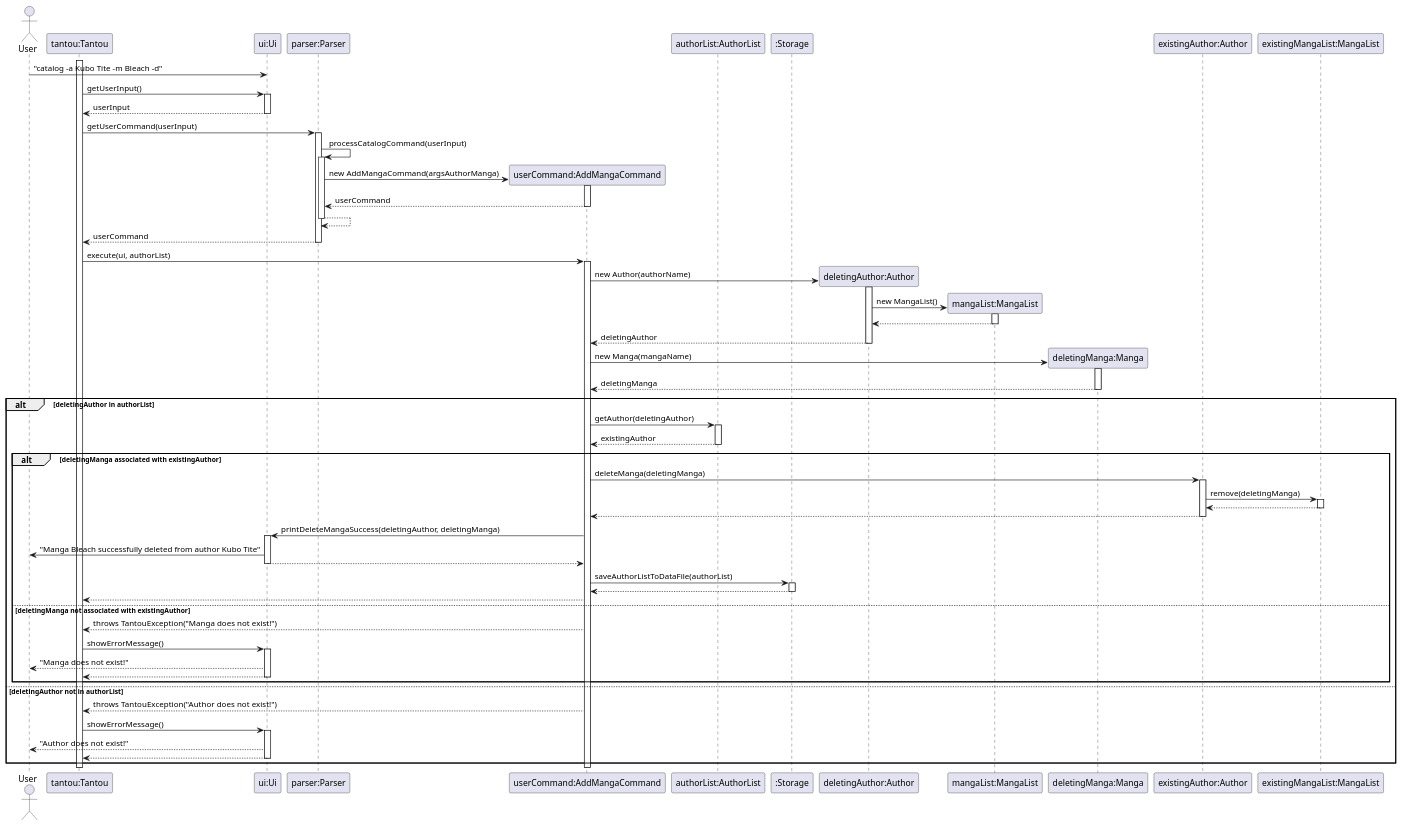
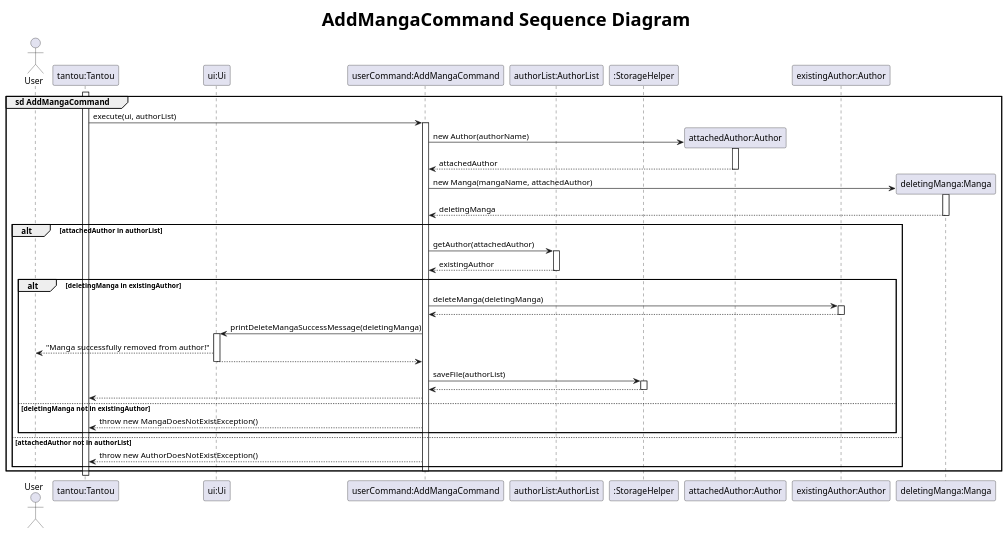
The diagram in docs/uml/puml/DeleteMangaSequence.puml (xenthm/tp), drawn with PlantUML before and after one commit. The commit also changed 14 other files, not shown here.

Commit message:
Update code to match sequence diagrams - Introduce methods to make use of Ui to interact with user instead of directly souting - Replace TantouExceptions with their more specific counterparts

```diff
--- a/docs/uml/puml/DeleteMangaSequence.puml
+++ b/docs/uml/puml/DeleteMangaSequence.puml
@@ -1,120 +1,65 @@
 @startuml
+autoactivate off
+title <size:30> AddMangaCommand Sequence Diagram
+
 actor User
 participant "tantou:Tantou" as tantou
 participant "ui:Ui" as ui
-participant "parser:Parser" as parser
 participant "userCommand:AddMangaCommand" as userCommand
 participant "authorList:AuthorList" as authorList
-participant ":Storage" as storage
-participant "deletingAuthor:Author" as deletingAuthor
-participant "mangaList:MangaList" as mangaList
-participant "deletingManga:Manga" as deletingManga
+participant ":StorageHelper" as storage
+participant "attachedAuthor:Author" as author
 participant "existingAuthor:Author" as existingAuthor
-participant "existingMangaList:MangaList" as existingMangaList
+participant "deletingManga:Manga" as manga
 
-' Simulate command with "catalog -a Kubo Tite -m Bleach -d"
 activate tantou
-User -> ui: "catalog -a Kubo Tite -m Bleach -d"
+group sd AddMangaCommand
 
-' Get userInput
-tantou -> ui: getUserInput()
-activate ui
-ui --> tantou: userInput
-deactivate ui
+    tantou -> userCommand : execute(ui, authorList)
+    activate userCommand
 
-' Get userCommand (AddAuthorCommand)
-tantou -> parser: getUserCommand(userInput)
-activate parser
+    create author
+    userCommand -> author : new Author(authorName)
+    activate author
+    author --> userCommand : attachedAuthor
+    deactivate author
 
-' Self call to process userInput
-parser -> parser: processCatalogCommand(userInput)
+    create manga
+    userCommand -> manga : new Manga(mangaName, attachedAuthor)
+    activate manga
+    manga --> userCommand : deletingManga
+    deactivate manga
 
-' Parser invokes constructor of AddMangaCommand
-activate parser
+    alt attachedAuthor in authorList
+        userCommand -> authorList : getAuthor(attachedAuthor)
+        activate authorList
+        authorList --> userCommand : existingAuthor
+        deactivate authorList
+        alt deletingManga in existingAuthor
+            userCommand -> existingAuthor : deleteManga(deletingManga)
+            activate existingAuthor
+            existingAuthor --> userCommand
+            deactivate existingAuthor
 
-' Construction
-create userCommand
-parser -> userCommand : new AddMangaCommand(argsAuthorManga)
-activate userCommand
-userCommand --> parser: userCommand
-deactivate userCommand
+            userCommand -> ui : printDeleteMangaSuccessMessage(deletingManga)
+            activate ui
+            ui --> User : "Manga successfully removed from author!"
+            ui --> userCommand
+            deactivate ui
 
-' More like a return control situation since it is a self call
-parser --> parser
-deactivate parser
-parser --> tantou: userCommand
-deactivate parser
-
-' Execute command
-tantou -> userCommand: execute(ui, authorList)
-activate userCommand
-
-' Create author
-create deletingAuthor
-userCommand -> deletingAuthor: new Author(authorName)
-activate deletingAuthor
-create mangaList
-deletingAuthor -> mangaList: new MangaList()
-activate mangaList
-mangaList --> deletingAuthor
-deactivate mangaList
-deletingAuthor --> userCommand: deletingAuthor
-deactivate deletingAuthor
-
-' Create Manga
-create deletingManga
-userCommand -> deletingManga: new Manga(mangaName)
-activate deletingManga
-deletingManga --> userCommand: deletingManga
-deactivate deletingManga
-
-' Control flow
-alt deletingAuthor in authorList
-
-    userCommand -> authorList: getAuthor(deletingAuthor)
-    activate authorList
-    authorList --> userCommand: existingAuthor
-    deactivate authorList
-
-    alt deletingManga associated with existingAuthor
-        userCommand -> existingAuthor: deleteManga(deletingManga)
-        activate existingAuthor
-        existingAuthor -> existingMangaList: remove(deletingManga)
-        activate existingMangaList
-        existingMangaList --> existingAuthor
-        deactivate existingMangaList
-        existingAuthor --> userCommand
-        deactivate existingAuthor
-
-        userCommand -> ui: printDeleteMangaSuccess(deletingAuthor, deletingManga)
-        activate ui
-        ui -> User: "Manga Bleach successfully deleted from author Kubo Tite"
-        ui --> userCommand
-        deactivate ui
-
-        userCommand -> storage: saveAuthorListToDataFile(authorList)
-        activate storage
-        storage --> userCommand
-        deactivate storage
-        userCommand --> tantou
-
-    else deletingManga not associated with existingAuthor
-        userCommand --> tantou: throws TantouException("Manga does not exist!")
-        tantou -> ui: showErrorMessage()
-        activate ui
-        ui --> User: "Manga does not exist!"
-        ui --> tantou
-        deactivate ui
+            userCommand -> storage : saveFile(authorList)
+            activate storage
+            storage --> userCommand
+            deactivate storage
+            userCommand --> tantou
+        else deletingManga not in existingAuthor
+            userCommand --> tantou : throw new MangaDoesNotExistException()
+        end
+    else attachedAuthor not in authorList
+        userCommand --> tantou : throw new AuthorDoesNotExistException()
     end
-
-else deletingAuthor not in authorList
-    userCommand --> tantou: throws TantouException("Author does not exist!")
-    tantou -> ui: showErrorMessage()
-    activate ui
-    ui --> User: "Author does not exist!"
-    ui --> tantou
-    deactivate ui
+    deactivate userCommand
 end
-deactivate userCommand
 deactivate tantou
+autoactivate on
 @enduml
```
